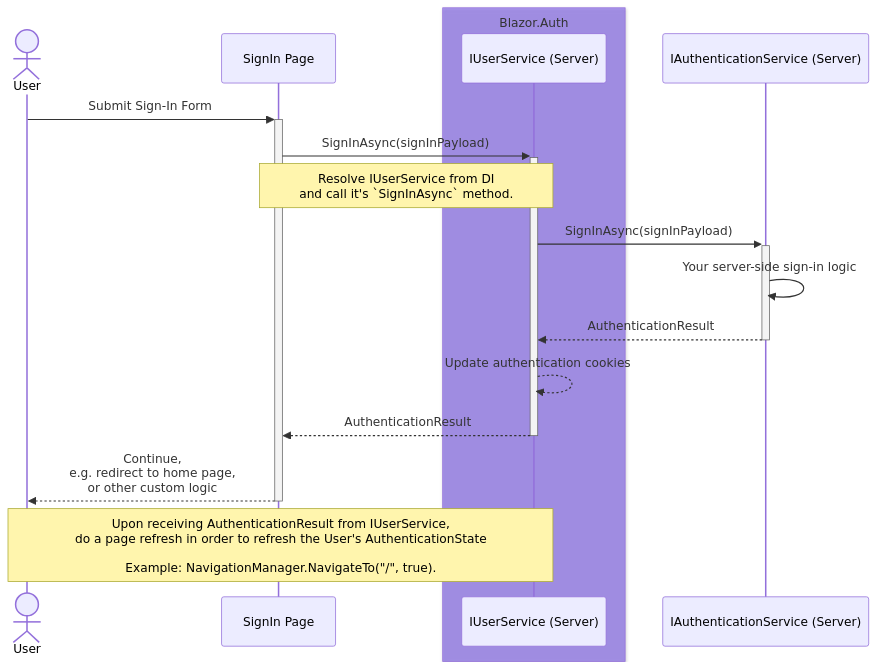
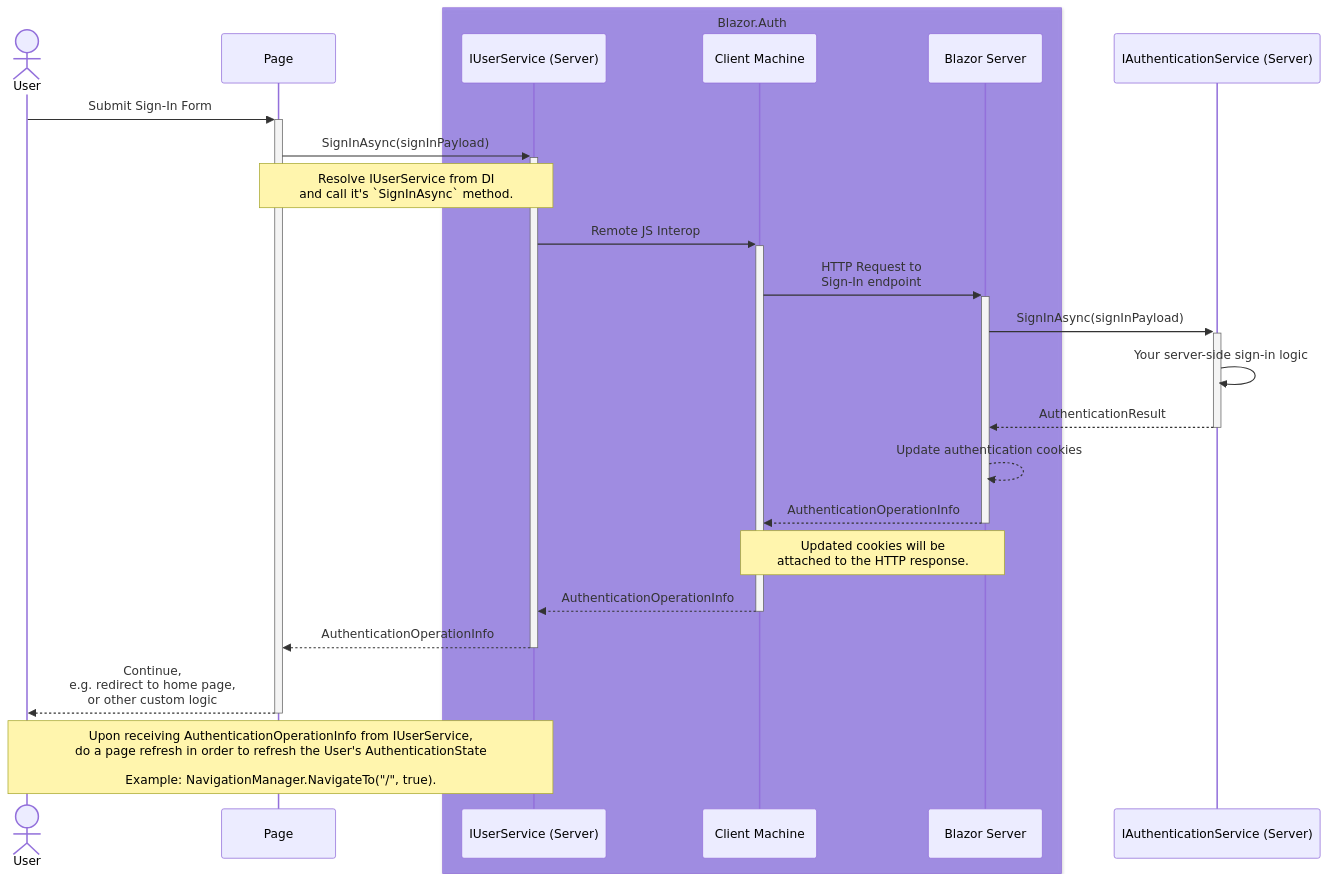
Before and after one commit to BitzArt/Blazor.Auth: the first of 3 diagrams in docs/src/04.use-cases/03.interactive-server.md, drawn with Mermaid. The commit also changed other lines of this file and 101 other files, not shown here.

Commit message:
Blazor.Auth v2 (#33)

````diff
--- a/docs/src/04.use-cases/03.interactive-server.md
+++ b/docs/src/04.use-cases/03.interactive-server.md
@@ -9,27 +9,36 @@
 ```mermaid
 sequenceDiagram
 
 actor user as User
-participant page as SignIn Page
+participant page as Page
 
 box rgba(101, 63, 232, 0.5) Blazor.Auth
 participant userServiceServer as IUserService (Server)
+participant blazorClient as Client Machine
+participant blazorServer as Blazor Server
 end
 
 participant authService as IAuthenticationService (Server)
 
 user ->>+ page: Submit Sign-In Form
 page ->>+ userServiceServer: SignInAsync(signInPayload)
 note over page,userServiceServer: Resolve IUserService from DI<br/> and call it's `SignInAsync` method.
 
-userServiceServer ->>+ authService: SignInAsync(signInPayload)
+userServiceServer ->>+ blazorClient: Remote JS Interop
+blazorClient ->>+ blazorServer: HTTP Request to <br/> Sign-In endpoint
+blazorServer ->>+ authService: SignInAsync(signInPayload)
 authService ->> authService: Your server-side sign-in logic
 
-authService -->>- userServiceServer: AuthenticationResult
-userServiceServer -->> userServiceServer: Update authentication cookies
+authService -->>- blazorServer: AuthenticationResult
+blazorServer -->> blazorServer: Update authentication cookies
 
-userServiceServer -->>- page: AuthenticationResult
+blazorServer -->>- blazorClient: AuthenticationOperationInfo
+note over blazorClient,blazorServer: Updated cookies will be<br/>attached to the HTTP response.
+
+blazorClient -->>- userServiceServer: AuthenticationOperationInfo
+
+userServiceServer -->>- page: AuthenticationOperationInfo
 page -->>- user: Continue, <br/> e.g. redirect to home page, <br/> or other custom logic
 
-note over user,userServiceServer: Upon receiving AuthenticationResult from IUserService, <br/> do a page refresh in order to refresh the User's AuthenticationState<br/><br/> Example: NavigationManager.NavigateTo("/", true).
+note over user,userServiceServer: Upon receiving AuthenticationOperationInfo from IUserService, <br/> do a page refresh in order to refresh the User's AuthenticationState<br/><br/> Example: NavigationManager.NavigateTo("/", true).
 ```
````
